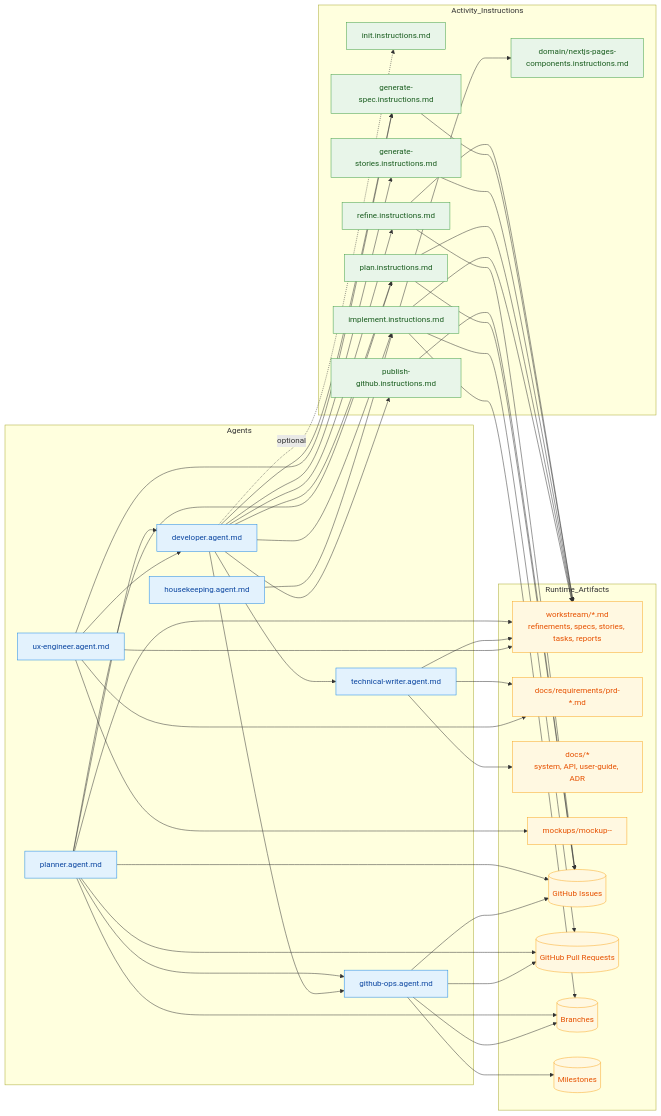
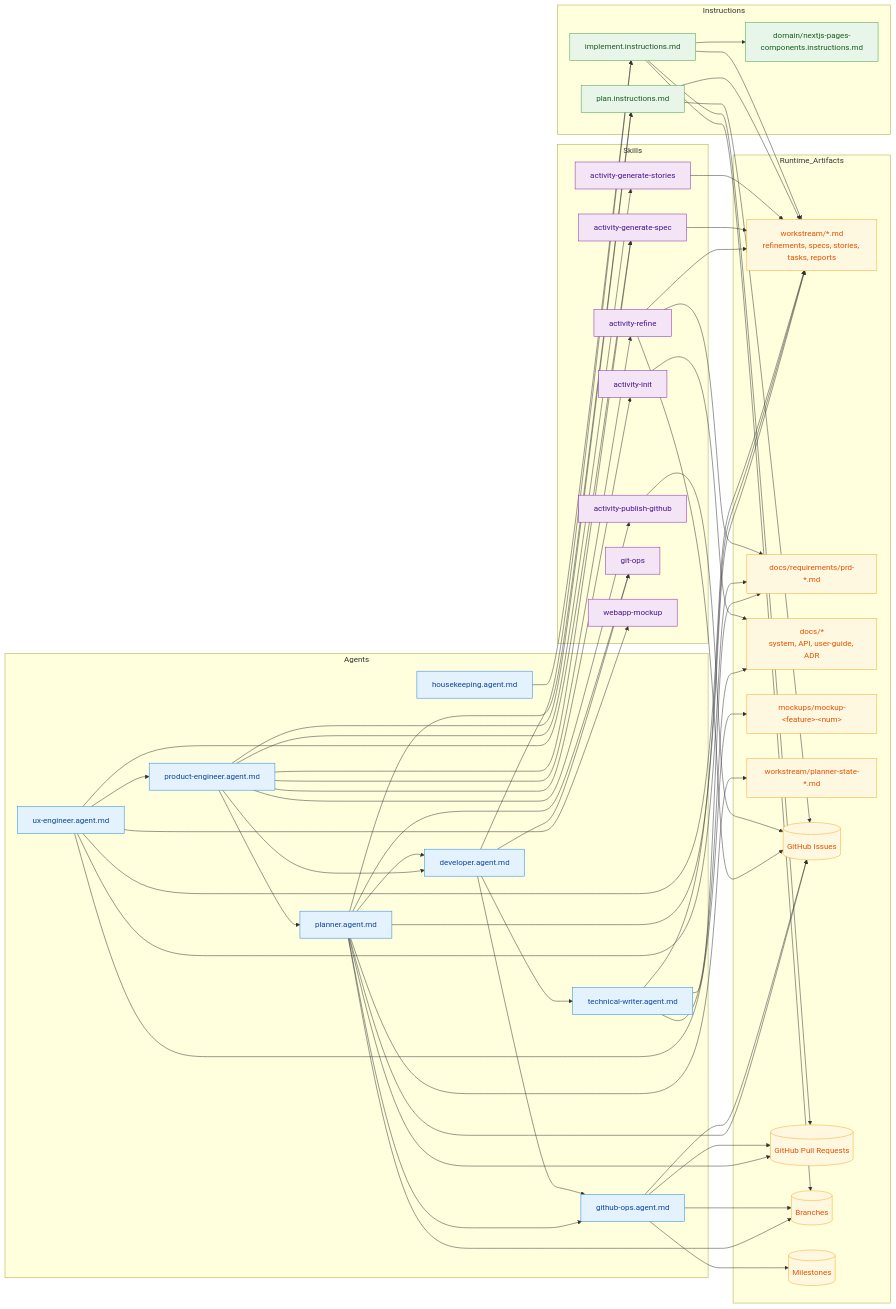
The diagram in .github/agent-artifact-relations.md (llipe/dev-tasks), drawn with Mermaid before and after one commit. The commit also changed 19 other files, not shown here.

First line of the commit message:
Add Git Operations skill and enhance agent documentation

````diff
--- a/.github/agent-artifact-relations.md
+++ b/.github/agent-artifact-relations.md
@@ -6,6 +6,7 @@
   %% Agents
   %% -----------------------------
   subgraph Agents
+    PE[product-engineer.agent.md]
     DEV[developer.agent.md]
     GOPS[github-ops.agent.md]
     PLAN[planner.agent.md]
@@ -15,14 +16,22 @@
   end
 
   %% -----------------------------
-  %% Activity Instructions
+  %% Skills (on-demand)
   %% -----------------------------
-  subgraph Activity_Instructions
-    INIT[init.instructions.md]
-    REF[refine.instructions.md]
-    SPEC[generate-spec.instructions.md]
-    STORIES[generate-stories.instructions.md]
-    PUB[publish-github.instructions.md]
+  subgraph Skills
+    SK_INIT[activity-init]
+    SK_REF[activity-refine]
+    SK_SPEC[activity-generate-spec]
+    SK_STORIES[activity-generate-stories]
+    SK_PUB[activity-publish-github]
+    SK_GIT[git-ops]
+    SK_MOCK[webapp-mockup]
+  end
+
+  %% -----------------------------
+  %% Instructions (always-loaded)
+  %% -----------------------------
+  subgraph Instructions
     PLN[plan.instructions.md]
     IMP[implement.instructions.md]
     DOMAIN[domain/nextjs-pages-components.instructions.md]
@@ -35,7 +44,8 @@
     WS["workstream/*.md<br/>refinements, specs, stories, tasks, reports"]
     REQ["docs/requirements/prd-*.md"]
     DOCS["docs/*<br/>system, API, user-guide, ADR"]
-    MOCK["mockups/mockup-<feature>-<num>"]
+    MOCK["mockups/mockup-&lt;feature&gt;-&lt;num&gt;"]
+    STATE["workstream/planner-state-*.md"]
     GHISS[(GitHub Issues)]
     GHPR[(GitHub Pull Requests)]
     BR[(Branches)]
@@ -43,25 +53,32 @@
   end
 
   %% Agent-to-agent orchestration
+  PE --> DEV
+  PE --> PLAN
   PLAN --> DEV
   PLAN --> GOPS
   DEV --> GOPS
   DEV --> TW
-  UX --> DEV
+  UX --> PE
 
-  %% Agent-to-instruction usage
-  DEV --> REF
-  DEV --> PLN
+  %% Product-engineer skill usage
+  PE --> SK_INIT
+  PE --> SK_REF
+  PE --> SK_SPEC
+  PE --> SK_STORIES
+  PE --> SK_PUB
+  PE --> PLN
+
+  %% Developer usage
   DEV --> IMP
-  DEV --> SPEC
-  DEV --> STORIES
-  DEV --> PUB
-  DEV -.optional.-> INIT
+  DEV --> SK_GIT
   IMP --> DOMAIN
 
   %% Planner behavior
   PLAN --> PLN
+  PLAN --> SK_GIT
   PLAN --> WS
+  PLAN --> STATE
   PLAN --> GHISS
   PLAN --> GHPR
   PLAN --> BR
@@ -79,17 +96,22 @@
 
   %% Housekeeping scope
   HK --> IMP
+
+  %% UX-engineer scope
   UX --> REQ
-  UX --> SPEC
+  UX --> SK_SPEC
+  UX --> SK_MOCK
   UX --> MOCK
   UX --> WS
 
-  %% Workflow artifacts created across activities
-  REF --> WS
-  REF --> GHISS
-  SPEC --> WS
-  STORIES --> WS
-  PUB --> GHISS
+  %% Skill-to-artifact edges
+  SK_INIT --> DOCS
+  SK_REF --> WS
+  SK_REF --> REQ
+  SK_REF --> GHISS
+  SK_SPEC --> WS
+  SK_STORIES --> WS
+  SK_PUB --> GHISS
   PLN --> WS
   PLN --> GHISS
   IMP --> GHPR
@@ -98,10 +120,12 @@
 
   %% Styling
   classDef agent fill:#e3f2fd,stroke:#1e88e5,stroke-width:1px,color:#0d47a1;
+  classDef skill fill:#f3e5f5,stroke:#8e24aa,stroke-width:1px,color:#4a148c;
   classDef instr fill:#e8f5e9,stroke:#43a047,stroke-width:1px,color:#1b5e20;
   classDef art fill:#fff8e1,stroke:#f9a825,stroke-width:1px,color:#e65100;
 
-  class DEV,GOPS,PLAN,TW,HK,UX agent;
-  class INIT,REF,SPEC,STORIES,PUB,PLN,IMP,DOMAIN instr;
-  class WS,REQ,DOCS,MOCK,GHISS,GHPR,BR,MILE art;
+  class PE,DEV,GOPS,PLAN,TW,HK,UX agent;
+  class SK_INIT,SK_REF,SK_SPEC,SK_STORIES,SK_PUB,SK_GIT,SK_MOCK skill;
+  class PLN,IMP,DOMAIN instr;
+  class WS,REQ,DOCS,MOCK,STATE,GHISS,GHPR,BR,MILE art;
 ```
````
